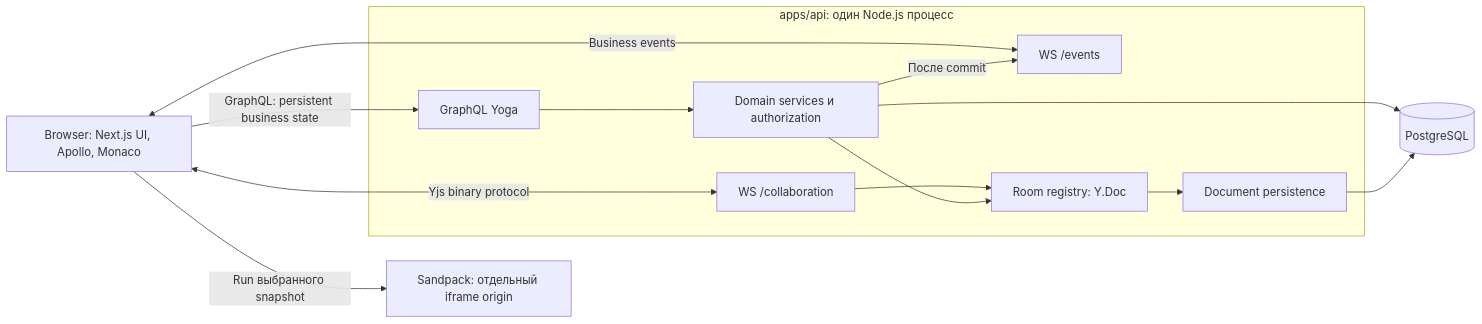
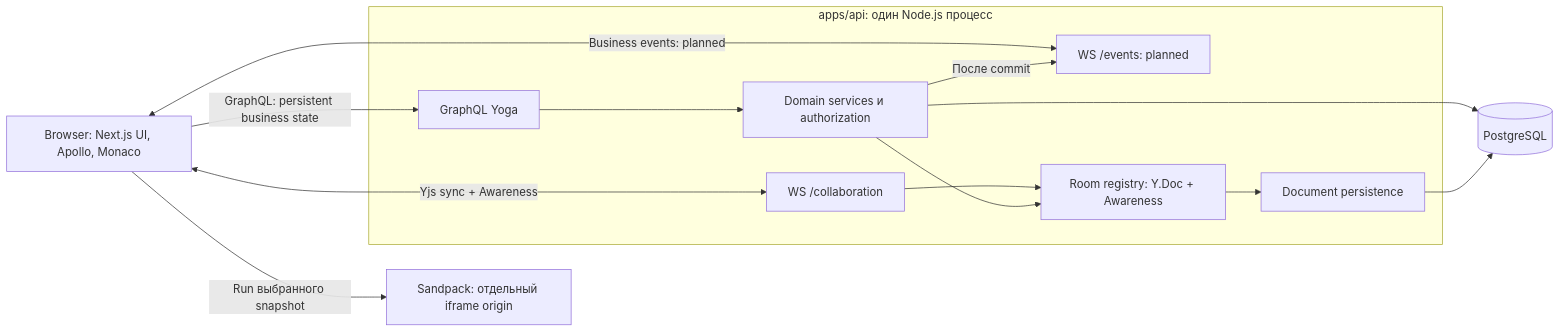
One commit to Milo78k/codemeet changed the seventh of 9 diagrams in docs/architecture.md. Above: the diagram before and after it, drawn with Mermaid. The commit also changed other lines of this file and 17 other files, not shown here.

````diff
--- a/docs/architecture.md
+++ b/docs/architecture.md
@@ -260,17 +282,17 @@
 ```mermaid
 flowchart LR
   Browser["Browser: Next.js UI, Apollo, Monaco"] -->|"GraphQL: persistent business state"| Yoga
-  Browser <-->|"Yjs binary protocol"| Collaboration
-  Browser <-->|"Business events"| Events
+  Browser <-->|"Yjs sync + Awareness"| Collaboration
+  Browser <-->|"Business events: planned"| Events
   Browser -->|"Run выбранного snapshot"| Sandbox["Sandpack: отдельный iframe origin"]
   subgraph API["apps/api: один Node.js процесс"]
     Yoga["GraphQL Yoga"] --> Services["Domain services и authorization"]
-    Collaboration["WS /collaboration"] --> Rooms["Room registry: Y.Doc"]
-    Events["WS /events"]
+    Collaboration["WS /collaboration"] --> Rooms["Room registry: Y.Doc + Awareness"]
+    Events["WS /events: planned"]
     Services --> Rooms
     Services -->|"После commit"| Events
     Rooms --> Persistence["Document persistence"]
   end
   Services --> DB[(PostgreSQL)]
   Persistence --> DB
 ```
````
